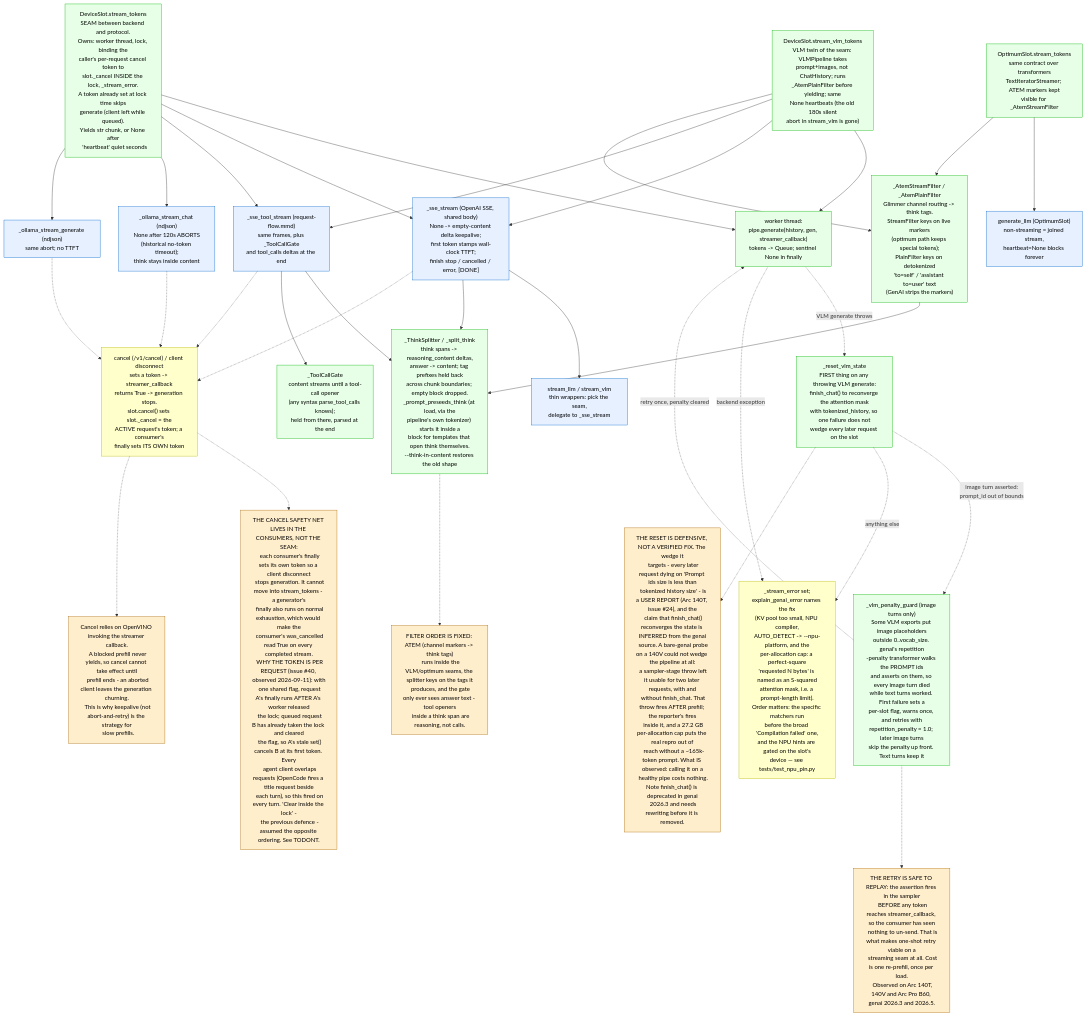
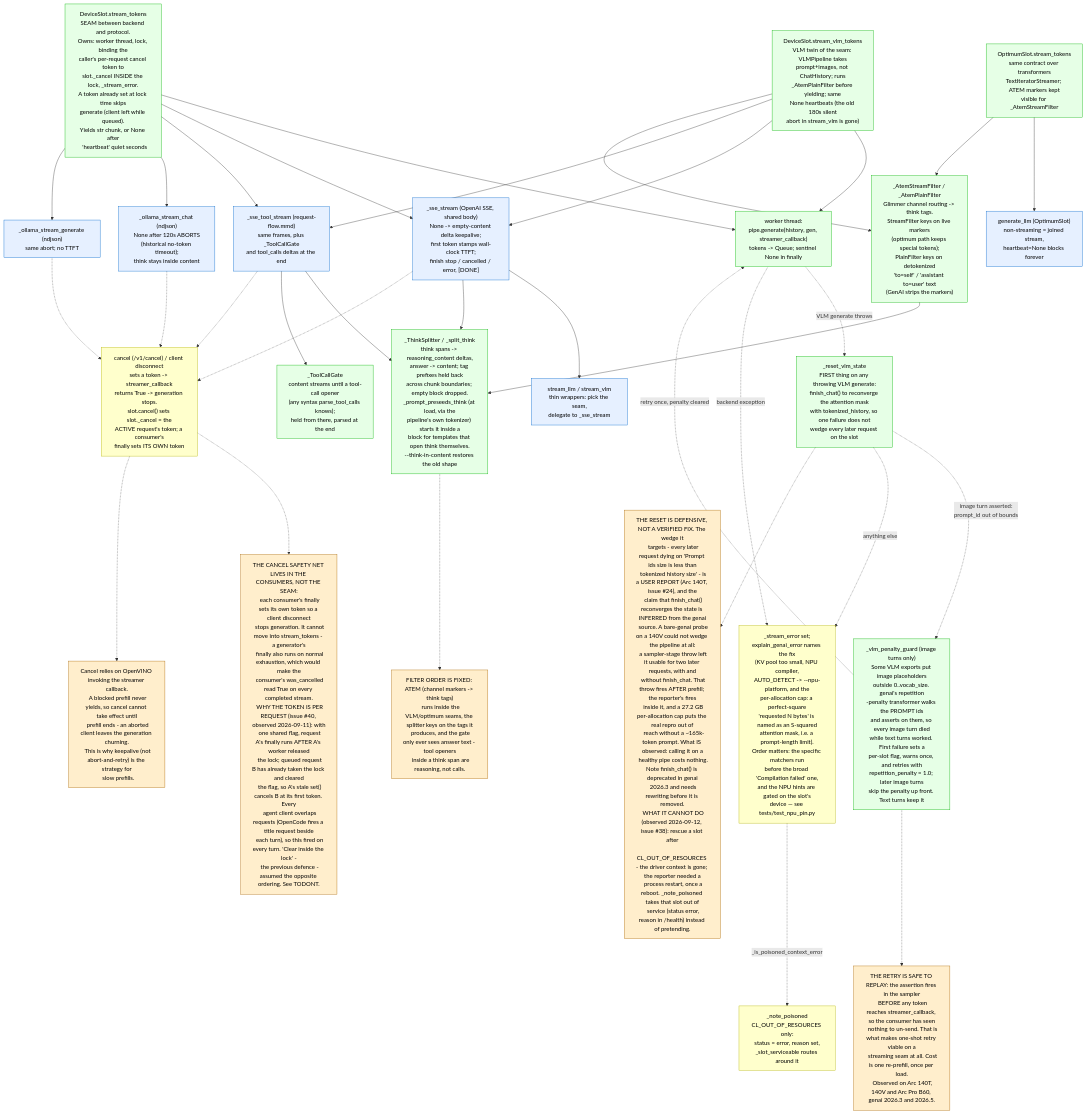
The diagram in docs/stream-plumbing.mmd (aweussom/NoLlama), drawn with Mermaid before and after one commit. The commit also changed 3 other files, not shown here.

First line of the commit message:
CL_OUT_OF_RESOURCES takes the slot out of service; the VLM reset does not cover it

```diff
--- a/docs/stream-plumbing.mmd
+++ b/docs/stream-plumbing.mmd
@@ -1,117 +1,123 @@
 %% Token streaming: the stream_tokens seam, its consumers, cancel semantics.
 %% Drawn 2026-08-19 from nollama.py @ 85e796f.
 %% Updated 2026-08-30: stream_vlm_tokens seam, shared _sse_stream, _ThinkSplitter/_ToolCallGate (issue #36).
 %% Updated 2026-09-01: _vlm_penalty_guard one-shot retry on the image path.
 %% Updated 2026-09-01: _reset_vlm_state on the VLM throw path (issue #24).
 %% Updated 2026-09-11: per-request cancel token replaces the shared slot flag (issue #40).
 %% Legend: solid = normal path, dashed = failure/timeout/cancel paths,
 %%         ALL-CAPS nodes = prose annotations.
 %% Palette: route (blue) = protocol consumers, gen (green) = backend/worker,
 %%          client (yellow) = wire frames, warn (orange) = annotations.
-%% covers: nollama.py:stream_tokens,stream_vlm_tokens,_reset_vlm_state,_vlm_penalty_guard,_is_placeholder_bounds_error,stream_llm,stream_vlm,_sse_stream,_ollama_stream_chat,_ollama_stream_generate,generate_llm,cancel,explain_genai_error,_AtemStreamFilter,_AtemPlainFilter,_ThinkSplitter,_split_think,_ToolCallGate,_prompt_preseeds_think
+%% covers: nollama.py:stream_tokens,stream_vlm_tokens,_reset_vlm_state,_vlm_penalty_guard,_is_placeholder_bounds_error,_note_poisoned,_is_poisoned_context_error,stream_llm,stream_vlm,_sse_stream,_ollama_stream_chat,_ollama_stream_generate,generate_llm,cancel,explain_genai_error,_AtemStreamFilter,_AtemPlainFilter,_ThinkSplitter,_split_think,_ToolCallGate,_prompt_preseeds_think
 flowchart TB
   stream_tokens["DeviceSlot.stream_tokens<br/>SEAM between backend and protocol.<br/>Owns: worker thread, lock, binding the<br/>caller's per-request cancel token to<br/>slot._cancel INSIDE the lock, _stream_error.<br/>A token already set at lock time skips<br/>generate (client left while queued).<br/>Yields str chunk, or None after
   'heartbeat' quiet seconds"]
   worker["worker thread:<br/>pipe.generate(history, gen, streamer_callback)<br/>tokens -> Queue; sentinel None in finally"]
   opt_stream_tokens["OptimumSlot.stream_tokens<br/>same contract over transformers<br/>TextIteratorStreamer; ATEM markers kept<br/>visible for _AtemStreamFilter"]
   stream_vlm_tokens["DeviceSlot.stream_vlm_tokens<br/>VLM twin of the seam: VLMPipeline takes<br/>prompt+images, not ChatHistory; runs<br/>_AtemPlainFilter before yielding; same<br/>None heartbeats (the old 180s silent<br/>abort in stream_vlm is gone)"]
 
   stream_tokens --> worker
   stream_vlm_tokens --> worker
 
   penalty_guard["_vlm_penalty_guard (image turns only)<br/>Some VLM exports put image placeholders<br/>outside 0..vocab_size. genai's repetition<br/>-penalty transformer walks the PROMPT ids<br/>and asserts on them, so every image turn died<br/>while text turns worked. First failure sets a<br/>per-slot flag, warns once, and retries with<br/>repetition_penalty = 1.0; later image turns<br/>skip the penalty up front. Text turns keep it"]
   reset_state["_reset_vlm_state<br/>FIRST thing on any throwing VLM generate:<br/>finish_chat() to reconverge the attention mask<br/>with tokenized_history, so one failure does not<br/>wedge every later request on the slot"]
   worker -.->|"VLM generate throws"| reset_state
   reset_state -.->|"image turn asserted:<br/>prompt_id out of bounds"| penalty_guard
   reset_state -.->|"anything else"| _stream_error
   penalty_guard -.->|"retry once, penalty cleared"| worker
 
   RETRYSAFE["THE RETRY IS SAFE TO REPLAY: the assertion fires in the sampler
   BEFORE any token reaches streamer_callback, so the consumer has seen
   nothing to un-send. That is what makes one-shot retry viable on a
   streaming seam at all. Cost is one re-prefill, once per load.
   Observed on Arc 140T, 140V and Arc Pro B60, genai 2026.3 and 2026.5."]
   penalty_guard -.-> RETRYSAFE
 
   WEDGEUNPROVEN["THE RESET IS DEFENSIVE, NOT A VERIFIED FIX. The wedge it
   targets - every later request dying on 'Prompt ids size is less than
   tokenized history size' - is a USER REPORT (Arc 140T, issue #24), and the
   claim that finish_chat() reconverges the state is INFERRED from the genai
   source. A bare-genai probe on a 140V could not wedge the pipeline at all:
   a sampler-stage throw left it usable for two later requests, with and
   without finish_chat. That throw fires AFTER prefill; the reporter's fires
   inside it, and a 27.2 GB per-allocation cap puts the real repro out of
   reach without a ~165k-token prompt. What IS observed: calling it on a
   healthy pipe costs nothing. Note finish_chat() is deprecated in genai
-  2026.3 and needs rewriting before it is removed."]
+  2026.3 and needs rewriting before it is removed.
+  WHAT IT CANNOT DO (observed 2026-09-12, issue #38): rescue a slot after
+  CL_OUT_OF_RESOURCES - the driver context is gone; the reporter needed a
+  process restart, once a reboot. _note_poisoned takes that slot out of
+  service (status error, reason in /health) instead of pretending."]
   reset_state -.-> WEDGEUNPROVEN
+  poisoned["_note_poisoned<br/>CL_OUT_OF_RESOURCES only:<br/>status = error, reason set,<br/>_slot_serviceable routes around it"]
+  _stream_error -.->|"_is_poisoned_context_error"| poisoned
   worker -.->|"backend exception"| _stream_error["_stream_error set;<br/>explain_genai_error names the fix<br/>(KV pool too small, NPU compiler,<br/>AUTO_DETECT -> --npu-platform, and the<br/>per-allocation cap: a perfect-square<br/>'requested N bytes' is named as an S-squared<br/>attention mask, i.e. a prompt-length limit).<br/>Order matters: the specific matchers run<br/>before the broad 'Compilation failed' one,<br/>and the NPU hints are gated on the slot's<br/>device — see tests/test_npu_pin.py"]
 
   _sse_stream["_sse_stream (OpenAI SSE, shared body)<br/>None -> empty-content delta keepalive;<br/>first token stamps wall-clock TTFT;<br/>finish stop / cancelled / error, [DONE]"]
   stream_llm["stream_llm / stream_vlm<br/>thin wrappers: pick the seam,<br/>delegate to _sse_stream"]
   tool_stream["_sse_tool_stream (request-flow.mmd)<br/>same frames, plus _ToolCallGate<br/>and tool_calls deltas at the end"]
   _ollama_stream_chat["_ollama_stream_chat (ndjson)<br/>None after 120s ABORTS<br/>(historical no-token timeout);<br/>think stays inside content"]
   _ollama_stream_generate["_ollama_stream_generate (ndjson)<br/>same abort; no TTFT"]
   generate_llm["generate_llm (OptimumSlot)<br/>non-streaming = joined stream,<br/>heartbeat=None blocks forever"]
 
   stream_tokens --> _sse_stream
   stream_vlm_tokens --> _sse_stream
   _sse_stream --> stream_llm
   stream_tokens --> tool_stream
   stream_vlm_tokens --> tool_stream
   stream_tokens --> _ollama_stream_chat
   stream_tokens --> _ollama_stream_generate
   opt_stream_tokens --> generate_llm
 
   splitter["_ThinkSplitter / _split_think<br/>think spans -> reasoning_content deltas,<br/>answer -> content; tag prefixes held back<br/>across chunk boundaries; empty block dropped.<br/>_prompt_preseeds_think (at load, via the<br/>pipeline's own tokenizer) starts it inside a<br/>block for templates that open think themselves.<br/>--think-in-content restores the old shape"]
   gate["_ToolCallGate<br/>content streams until a tool-call opener<br/>(any syntax parse_tool_calls knows);<br/>held from there, parsed at the end"]
   _sse_stream --> splitter
   tool_stream --> splitter
   tool_stream --> gate
 
   atem["_AtemStreamFilter / _AtemPlainFilter<br/>Glimmer channel routing -> think tags.<br/>StreamFilter keys on live markers<br/>(optimum path keeps special tokens);<br/>PlainFilter keys on detokenized<br/>'to=self' / 'assistant to=user' text<br/>(GenAI strips the markers)"]
   stream_vlm_tokens --> atem
   opt_stream_tokens --> atem
   atem --> splitter
 
   cancel["cancel (/v1/cancel) / client disconnect<br/>sets a token -> streamer_callback<br/>returns True -> generation stops.<br/>slot.cancel() sets slot._cancel = the<br/>ACTIVE request's token; a consumer's<br/>finally sets ITS OWN token"]
   _sse_stream -.-> cancel
   tool_stream -.-> cancel
   _ollama_stream_chat -.-> cancel
   _ollama_stream_generate -.-> cancel
 
   FINALLY["THE CANCEL SAFETY NET LIVES IN THE CONSUMERS, NOT THE SEAM:
   each consumer's finally sets its own token so a client disconnect
   stops generation. It cannot move into stream_tokens - a generator's
   finally also runs on normal exhaustion, which would make the
   consumer's was_cancelled read True on every completed stream.
   WHY THE TOKEN IS PER REQUEST (issue #40, observed 2026-09-11): with
   one shared flag, request A's finally runs AFTER A's worker released
   the lock; queued request B has already taken the lock and cleared
   the flag, so A's stale set() cancels B at its first token. Every
   agent client overlaps requests (OpenCode fires a title request beside
   each turn), so this fired on every turn. 'Clear inside the lock' -
   the previous defence - assumed the opposite ordering. See TODONT."]
   cancel -.-> FINALLY
 
   CANCELLIMIT["Cancel relies on OpenVINO invoking the streamer callback.
   A blocked prefill never yields, so cancel cannot take effect until
   prefill ends - an aborted client leaves the generation churning.
   This is why keepalive (not abort-and-retry) is the strategy for
   slow prefills."]
   cancel -.-> CANCELLIMIT
 
   ORDER["FILTER ORDER IS FIXED: ATEM (channel markers -> think tags)
   runs inside the VLM/optimum seams, the splitter keys on the tags it
   produces, and the gate only ever sees answer text - tool openers
   inside a think span are reasoning, not calls."]
   splitter -.-> ORDER
 
   classDef route fill:#e6f0ff,stroke:#0066cc,color:#000
   classDef gen fill:#e6ffe6,stroke:#00b300,color:#000
   classDef client fill:#ffffcc,stroke:#b3b300,color:#000
   classDef warn fill:#fec,stroke:#a60,color:#000
   class _sse_stream,stream_llm,tool_stream,_ollama_stream_chat,_ollama_stream_generate,generate_llm route
   class stream_tokens,stream_vlm_tokens,opt_stream_tokens,worker,atem,splitter,gate,penalty_guard,reset_state gen
-  class cancel,_stream_error client
+  class cancel,_stream_error,poisoned client
   class FINALLY,CANCELLIMIT,ORDER,RETRYSAFE,WEDGEUNPROVEN warn
```
